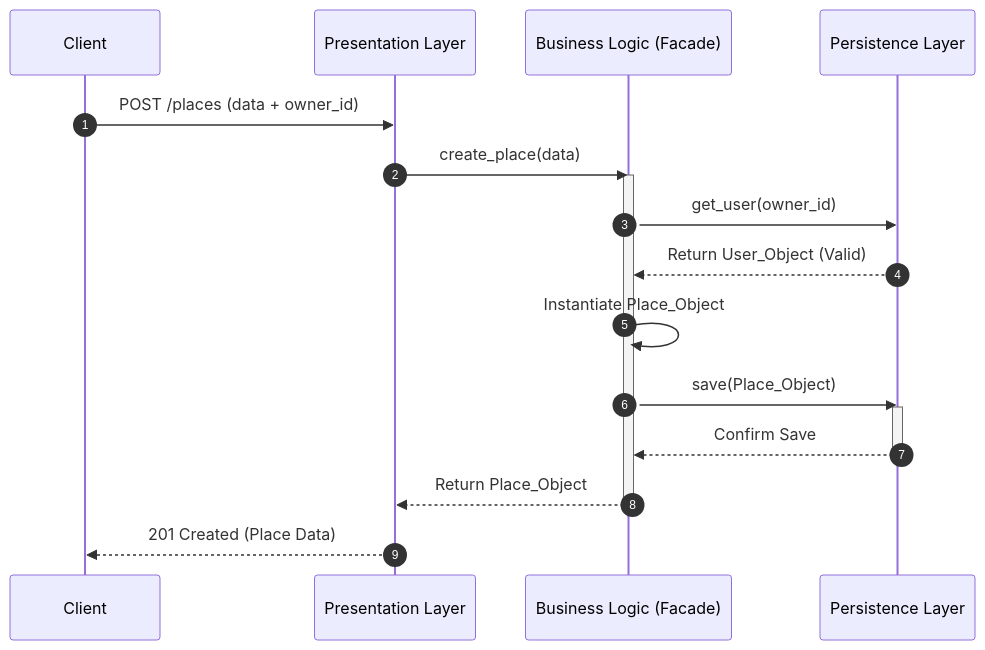
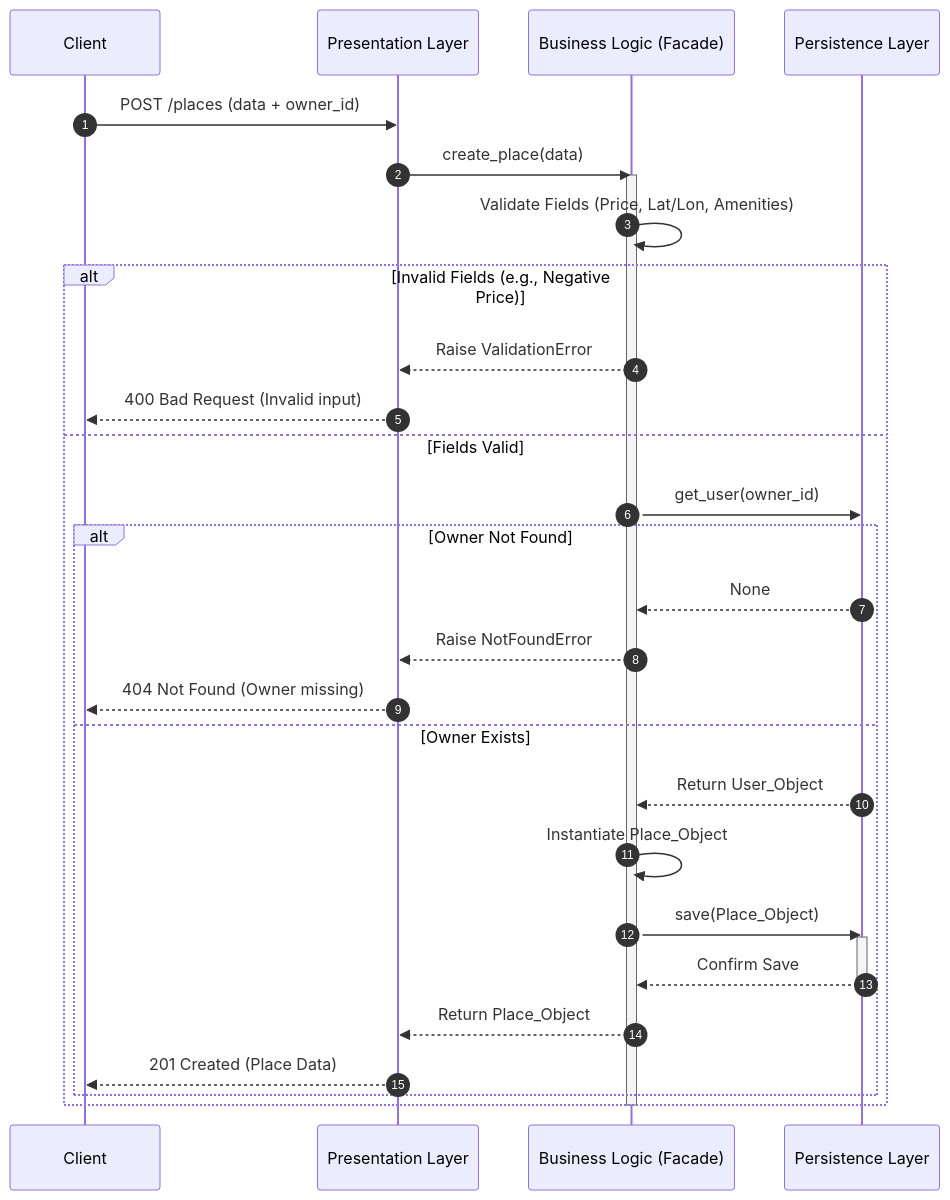
Before and after one commit to oceex/holbertonschool-hbnb: the fourth of 6 diagrams in part1/README.md, drawn with Mermaid. The commit also changed other lines of this file, not shown here.

First line of the commit message:
fix: update part1/README.md to address all reviewer feedback regarding architecture, entities, and error flows

````diff
--- a/part1/README.md
+++ b/part1/README.md
@@ -217,22 +228,35 @@
 ```mermaid
 sequenceDiagram
     autonumber
     participant Client
     participant API as Presentation Layer
     participant Facade as Business Logic (Facade)
     participant DB as Persistence Layer
 
     Client->>API: POST /places (data + owner_id)
     API->>Facade: create_place(data)
     activate Facade
-    Facade->>DB: get_user(owner_id)
-    DB-->>Facade: Return User_Object (Valid)
-    Facade->>Facade: Instantiate Place_Object
-    Facade->>DB: save(Place_Object)
-    activate DB
-    DB-->>Facade: Confirm Save
-    deactivate DB
-    Facade-->>API: Return Place_Object
+    Facade->>Facade: Validate Fields (Price, Lat/Lon, Amenities)
+    
+    alt Invalid Fields (e.g., Negative Price)
+        Facade-->>API: Raise ValidationError
+        API-->>Client: 400 Bad Request (Invalid input)
+    else Fields Valid
+        Facade->>DB: get_user(owner_id)
+        alt Owner Not Found
+            DB-->>Facade: None
+            Facade-->>API: Raise NotFoundError
+            API-->>Client: 404 Not Found (Owner missing)
+        else Owner Exists
+            DB-->>Facade: Return User_Object
+            Facade->>Facade: Instantiate Place_Object
+            Facade->>DB: save(Place_Object)
+            activate DB
+            DB-->>Facade: Confirm Save
+            deactivate DB
+            Facade-->>API: Return Place_Object
+            API-->>Client: 201 Created (Place Data)
+        end
+    end
     deactivate Facade
-    API-->>Client: 201 Created (Place Data)
 ```
````
